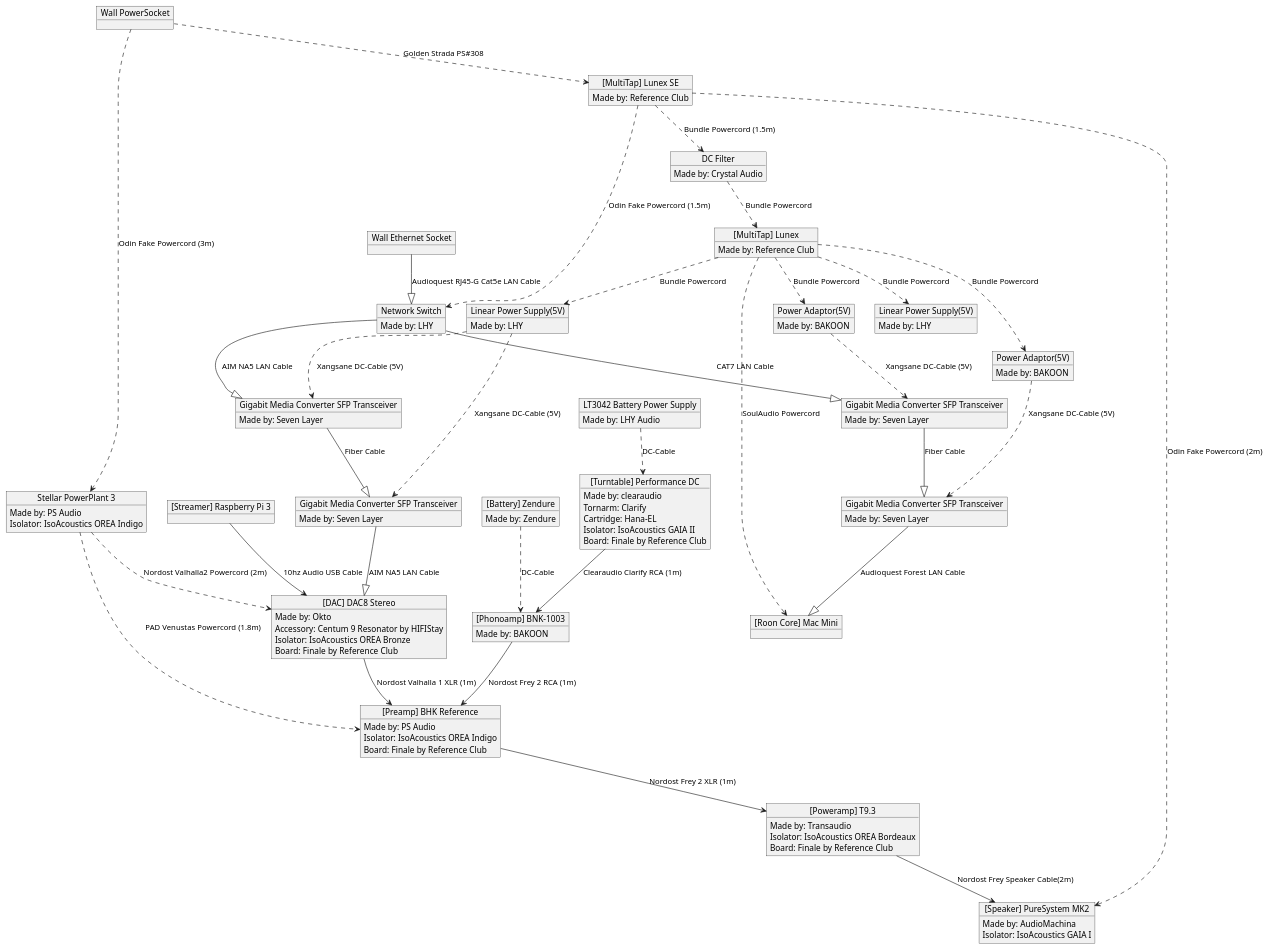
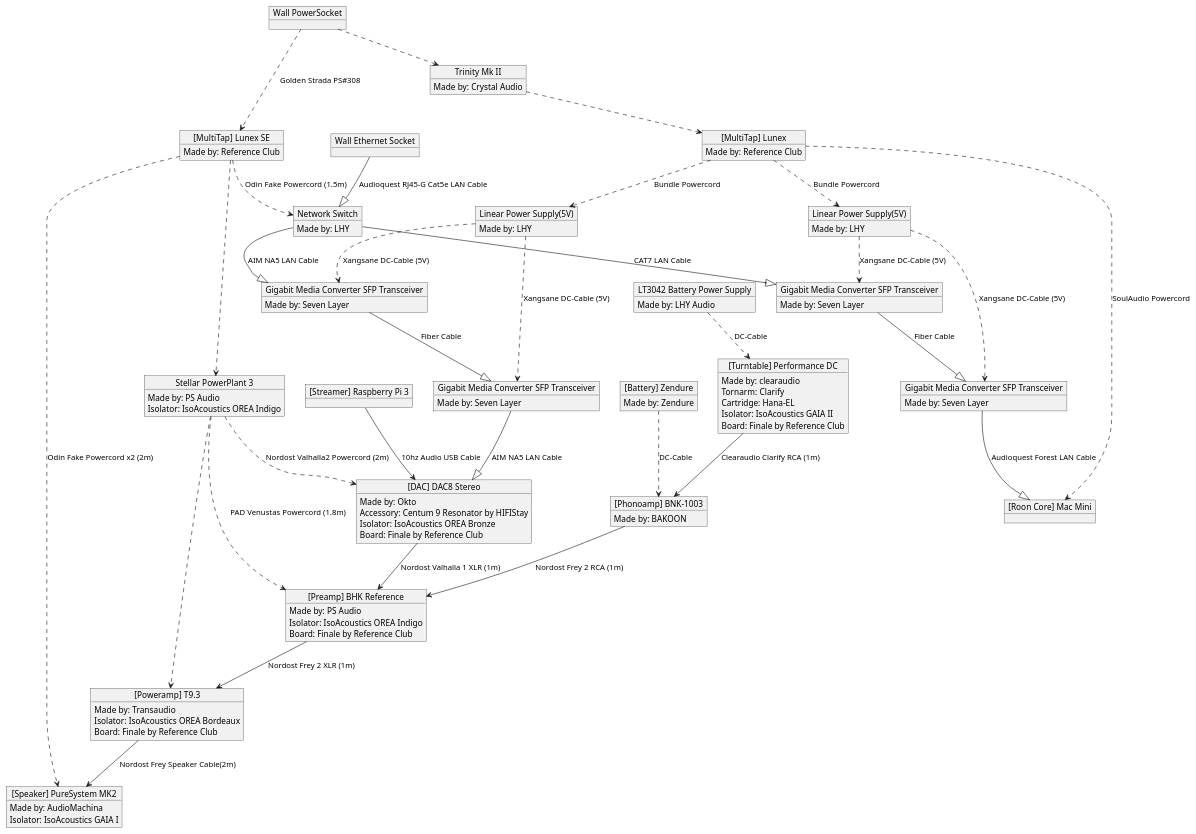
The diagram in hifi-audio/system_260306.puml (zebehn/zebehn.github.io), drawn with PlantUML before and after one commit.

Commit message:
Update hi-fi system: power topology, components, and isolators
- Poweramp: EDGE NL10.1 → Transaudio T9.3
- Phonoamp: CAP-1002 → BAKOON BNK-1003 (Zendure battery)
- Turntable power: LHY Audio LT3042 battery supply
- Streamer: Raspberry Pi 3 with 10hz Audio USB cable
- Power chain: Wall → Lunex SE → Stellar PP3 → (Preamp, Poweramp, DAC)
- Network chain: Wall → Trinity Mk II → Lunex → (Mac Mini, LHY LPS x2)
- All SFP transceivers powered via LHY Linear PS
- IsoAcoustics isolators on all main components
- Speaker active woofer: dual Odin Fake powercords

```diff
--- a/hifi-audio/system_260306.puml
+++ b/hifi-audio/system_260306.puml
@@ -1,125 +1,117 @@
 @startuml minsu-hifi-260306v1
 
 object "[DAC] DAC8 Stereo" as dac
 dac : Made by: Okto
 dac : Accessory: Centum 9 Resonator by HIFIStay
 dac : Isolator: IsoAcoustics OREA Bronze
 dac : Board: Finale by Reference Club
 
 object "[Turntable] Performance DC" as turntable
 turntable : Made by: clearaudio
 turntable : Tornarm: Clarify
 turntable : Cartridge: Hana-EL
 turntable : Isolator: IsoAcoustics GAIA II
 turntable : Board: Finale by Reference Club
 
 object "[Preamp] BHK Reference" as preamp
 preamp : Made by: PS Audio
 preamp : Isolator: IsoAcoustics OREA Indigo
 preamp : Board: Finale by Reference Club
 
 object "[Poweramp] T9.3" as poweramp
 poweramp : Made by: Transaudio
 poweramp : Isolator: IsoAcoustics OREA Bordeaux
 poweramp : Board: Finale by Reference Club
 
 object "[Phonoamp] BNK-1003" as phononamp
 phononamp : Made by: BAKOON
 
-object "Power Adaptor(5V)" as adaptor1
-adaptor1 : Made by: BAKOON
-
-object "Power Adaptor(5V)" as adaptor3
-adaptor3 : Made by: BAKOON
-
 object "LT3042 Battery Power Supply" as batteryps
 batteryps : Made by: LHY Audio
 
 object "Linear Power Supply(5V)" as linear1
 linear1 : Made by: LHY
 
 object "Linear Power Supply(5V)" as linear2
 linear2 : Made by: LHY
 
 object "[Battery] Zendure" as battery
 battery : Made by: Zendure
 
 object "[Speaker] PureSystem MK2" as speaker
 speaker : Made by: AudioMachina
 speaker : Isolator: IsoAcoustics GAIA I
 
 object "[Streamer] Raspberry Pi 3" as streamer
 
 object "[Roon Core] Mac Mini" as macmini
 
 object "[MultiTap] Lunex SE" as multitap1
 multitap1 : Made by: Reference Club
 
 object "[MultiTap] Lunex" as multitap2
 multitap2 : Made by: Reference Club
 
-object "DC Filter" as dcfilter1
-dcfilter1 : Made by: Crystal Audio
+object "Trinity Mk II" as powerfilter
+powerfilter : Made by: Crystal Audio
 
 object "Stellar PowerPlant 3" as powerregenerator
 powerregenerator : Made by: PS Audio
 powerregenerator : Isolator: IsoAcoustics OREA Indigo
 
 object "Wall PowerSocket" as wallpowersocket
 object "Wall Ethernet Socket" as walllansocket
 
 object "Network Switch" as netswitch
 netswitch : Made by: LHY
 
 object "Gigabit Media Converter SFP Transceiver" as fiberhub1
 fiberhub1 : Made by: Seven Layer
 
 object "Gigabit Media Converter SFP Transceiver" as fiberhub2
 fiberhub2 : Made by: Seven Layer
 
 object "Gigabit Media Converter SFP Transceiver" as fiberhub3
 fiberhub3 : Made by: Seven Layer
 
 object "Gigabit Media Converter SFP Transceiver" as fiberhub4
 fiberhub4 : Made by: Seven Layer
 
 dac --> preamp : Nordost Valhalla 1 XLR (1m)
 preamp --> poweramp : Nordost Frey 2 XLR (1m)
 poweramp --> speaker : Nordost Frey Speaker Cable(2m)
 phononamp --> preamp : Nordost Frey 2 RCA (1m)
 turntable --> phononamp: Clearaudio Clarify RCA (1m)
 
-wallpowersocket ..> powerregenerator : Odin Fake Powercord (3m)
+wallpowersocket ..> multitap1: Golden Strada PS#308
+multitap1 ..> powerregenerator
+powerregenerator ..> preamp: PAD Venustas Powercord (1.8m)
+powerregenerator ..> poweramp
 powerregenerator ..> dac : Nordost Valhalla2 Powercord (2m)
-powerregenerator ..> preamp: PAD Venustas Powercord (1.8m)
 
-wallpowersocket ..> multitap1: Golden Strada PS#308
-
-dcfilter1 ..> multitap2: Bundle Powercord
+wallpowersocket ..> powerfilter
+powerfilter ..> multitap2
 multitap2 ..> linear1: Bundle Powercord
 multitap2 ..> linear2: Bundle Powercord
-multitap2 ..> adaptor1: Bundle Powercord
-multitap2 ..> adaptor3: Bundle Powercord
-adaptor1 ..> fiberhub3: Xangsane DC-Cable (5V)
-adaptor3 ..> fiberhub4: Xangsane DC-Cable (5V)
+linear1 ..> fiberhub3: Xangsane DC-Cable (5V)
+linear1 ..> fiberhub4: Xangsane DC-Cable (5V)
 multitap2 ..> macmini: SoulAudio Powercord
 
 batteryps ..> turntable: DC-Cable
-multitap1 ..> speaker: Odin Fake Powercord (2m)
+multitap1 ..> speaker: Odin Fake Powercord x2 (2m)
 battery ..> phononamp: DC-Cable
 multitap1 ..> netswitch: Odin Fake Powercord (1.5m)
-multitap1 ..> dcfilter1: Bundle Powercord (1.5m)
 linear2 ..> fiberhub1: Xangsane DC-Cable (5V)
 linear2 ..> fiberhub2: Xangsane DC-Cable (5V)
 
 streamer --> dac: 10hz Audio USB Cable
 
 walllansocket --|> netswitch: Audioquest RJ45-G Cat5e LAN Cable
 netswitch --|> fiberhub1: AIM NA5 LAN Cable
 fiberhub1 --|> fiberhub2: Fiber Cable
 fiberhub2 --|> dac: AIM NA5 LAN Cable
 netswitch --|> fiberhub3: CAT7 LAN Cable
 fiberhub3 --|> fiberhub4: Fiber Cable
 fiberhub4 --|> macmini: Audioquest Forest LAN Cable
 
 @enduml
```
